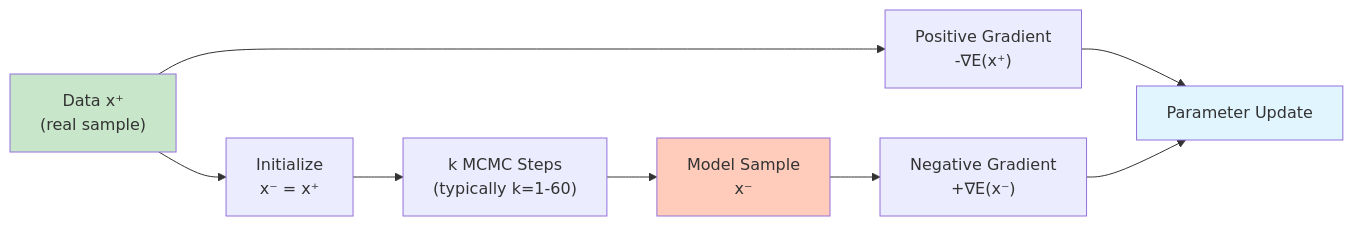
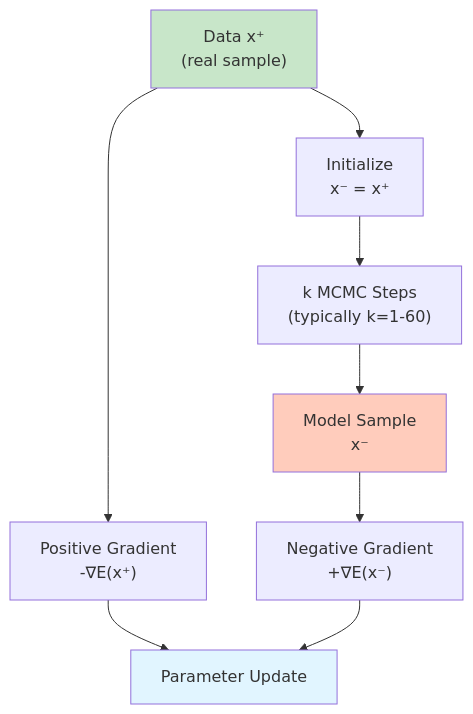
Before and after one commit to avitai/artifex: the second of 3 diagrams in docs/user-guide/concepts/ebm-explained.md, drawn with Mermaid. The commit also changed other lines of this file and 16 other files, not shown here.

````diff
--- a/docs/user-guide/concepts/ebm-explained.md
+++ b/docs/user-guide/concepts/ebm-explained.md
@@ -219,14 +224,14 @@
 ```mermaid
-graph LR
+graph TD
     Data["Data x⁺<br/>(real sample)"] --> PosGrad["Positive Gradient<br/>-∇E(x⁺)"]
     Data --> Init["Initialize<br/>x⁻ = x⁺"]
     Init --> MCMC["k MCMC Steps<br/>(typically k=1-60)"]
     MCMC --> Neg["Model Sample<br/>x⁻"]
     Neg --> NegGrad["Negative Gradient<br/>+∇E(x⁻)"]
     PosGrad --> Update["Parameter Update"]
     NegGrad --> Update
 
     style Data fill:#c8e6c9
     style Neg fill:#ffccbc
     style Update fill:#e1f5ff
 ```
````
